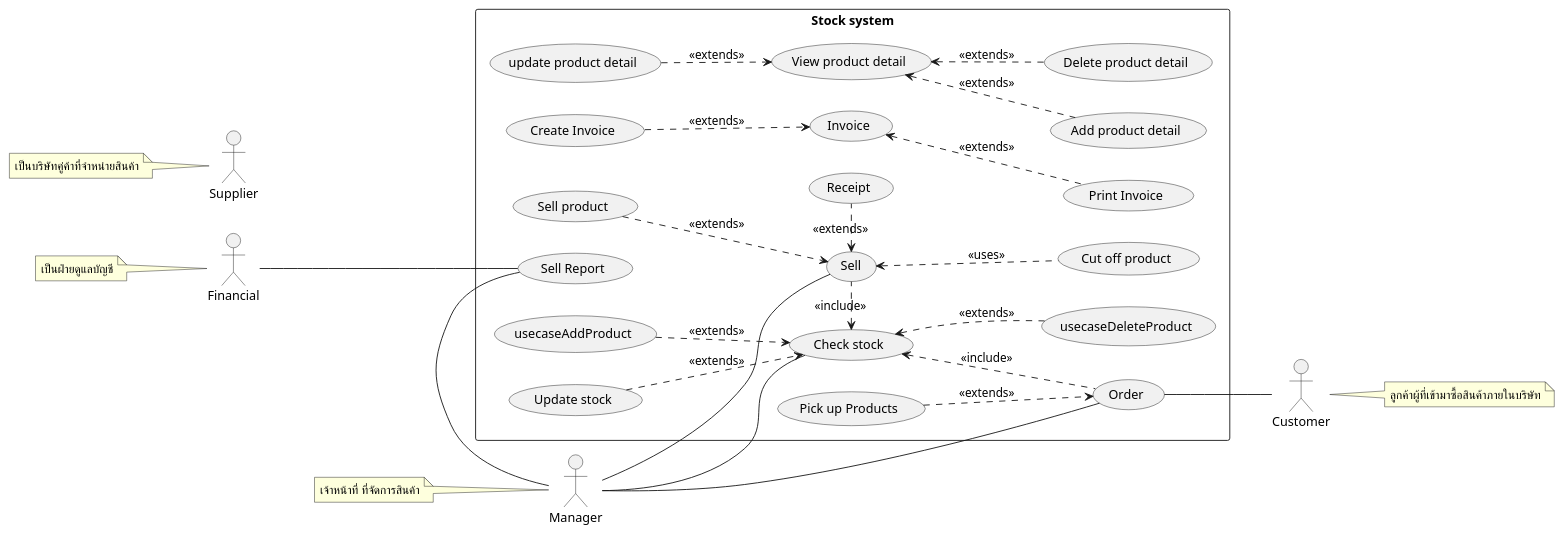
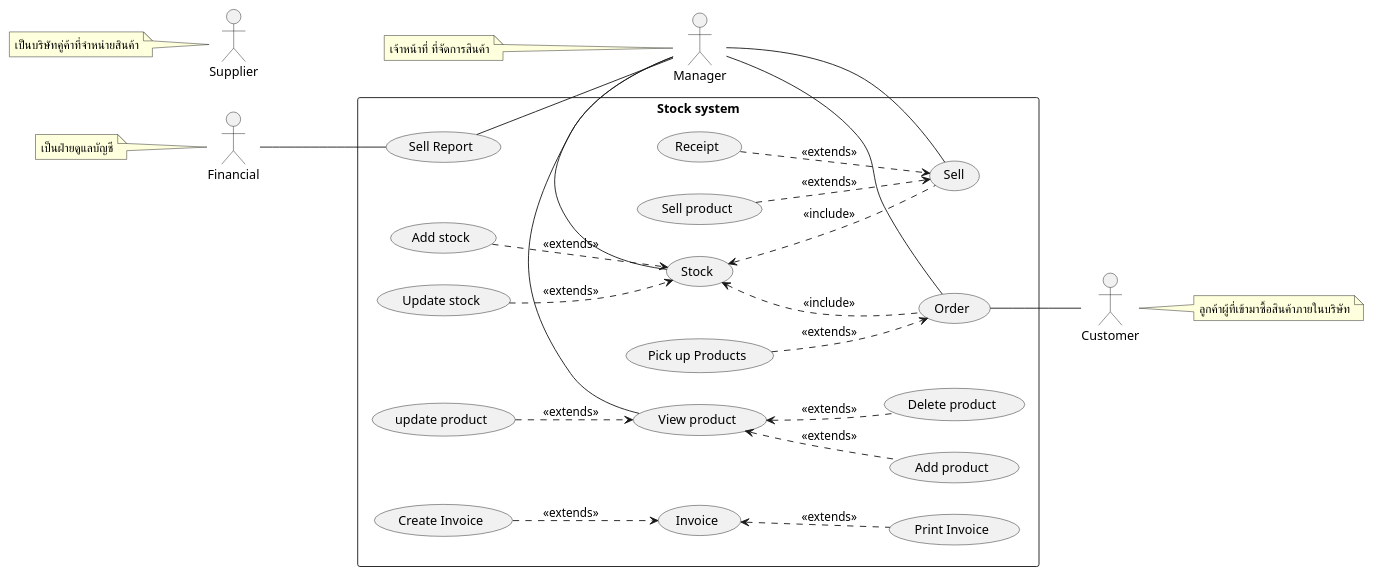
Before and after one commit to billowdev/inventory-system-plantuml-sequelize-seeder-example: the diagram in system-analysis/usecase-diagram.puml, drawn with PlantUML.

Commit message:
refactor usecaseCheckStock -> usecaseStock

```diff
--- a/system-analysis/usecase-diagram.puml
+++ b/system-analysis/usecase-diagram.puml
@@ -1,121 +1,126 @@
 @startuml
 'https://plantuml.com/sequence-diagram
 left to right direction
 
 ' =================== Customer ===================
 ' role - ผู้ที่เข้ามาเพื่อซื้อสินค้าภายในบริษัท
 ' duty - ทำให้เกิดการซื้อขายสินค้า
 actor Customer as actorCustomer
 note right of actorCustomer : ลูกค้าผู้ที่เข้ามาซื้อสินค้าภายในบริษัท
 ' =================== Manager ===================
 ' role - เจ้าหน้าที่ ที่จัดการสินค้า ให้คงคลังสินค้าอยู่เสมอ
 ' duty - บริหารจัดการ stock สินค้า ทั้งการจำหน่ายออก และการรับสินค้ารวมถึงการ
 ' ออกใบสั่งของ การเช็คสินค้าและการทำรายงานต่างๆ
 actor Manager as actorManager
 note left of actorManager : เจ้าหน้าที่ ที่จัดการสินค้า
 ' =================== Supplier ===================
 ' role - เป็นบริษัทคู่ค้าที่จำหน่ายสินค้าหรือวัตถุดิบให้กับบริษัท
 ' duty - ขายและจัดส่งสินค้าตามใบสั่งของ
 actor Supplier as actorSupplier
 note left of actorSupplier : เป็นบริษัทคู่ค้าที่จำหน่ายสินค้า
 ' =================== Financial ===================
 ' role - เป็นฝ่ายดูแลบัญชีและการเงินของบริษัท
 ' duty - รับข้อมูลการซื้อและขายสินค้า
 actor Financial as actorFinancial
 note left of actorFinancial : เป็นฝ่ายดูแลบัญชี
 
 ' =================== Stock System ===================
 rectangle "Stock system" as stockSystem {
 
 ' ================ Selling ================
     ' กระบวนการขายสินค้า
     usecase (Sell) as (usecaseSell)
 '    การขายสินค้า
     usecase (Sell product) as (usecaseSellProduct)
 '    การตรวจสอบยอดสินค้า
 
-'    ตัดยอดสอนค้า
-    usecase (Cut off product) as (usecaseCutOffProduct)
 '    ออกใบเสร็จ
     usecase (Receipt) as (usecaseReceipt)
 
 ' ================ Ordering ================
 '    การสั่งซื้อสินค้า
     usecase (Order) as (usecaseOrder)
 '    การลงรับสินค้า
     usecase (Pick up Products) as (usecasePickUpProduct)
 '    ปรับปรุงยอดสินค้า
 
 
 ' ================ Product ================
 '    การสั่งซื้อสินค้า
-    usecase (View product detail) as (usecaseProductDetail)
-    usecase (Add product detail) as (usecaseAddProductDetail)
-    usecase (update product detail) as (usecaseUpdateProductDetail)
-    usecase (Delete product detail) as (usecaseDeleteProductDetail)
+    usecase (View product) as (usecaseProduct)
+    usecase (Add product) as (usecaseAddProduct)
+    usecase (update product) as (usecaseUpdateProduct)
+    usecase (Delete product) as (usecaseDeleteProduct)
 
-    usecase (Check stock) as (usecaseCheckStock)
+
+    usecase (Stock) as (usecaseStock)
+    usecase (Add stock) as (usecaseAddStock)
     usecase (Update stock) as (usecaseUpdateStock)
 
-        (usecaseProductDetail) <.. (usecaseAddProductDetail)  : <<extends>>
-       (usecaseUpdateProductDetail) ..> (usecaseProductDetail) : <<extends>>
-        (usecaseProductDetail) <.. (usecaseDeleteProductDetail)  : <<extends>>
 
 ' ================ Reporting ================
 '   การทำรายงาน
     usecase (Sell Report) as (usecaseSellReport)
 
 ' ================ Invoice ================
 '   คลัง
     usecase (Invoice) as (usecaseInvoice)
     usecase (Create Invoice) as (usecaseCreateInvoice)
     usecase (Print Invoice) as (usecasePrintInvoice)
 
 
 
 '    ===================== Associate Flow =====================
 
 '    ================ actor - usecase Flow ================
 '   ความสัมพันธ์ระหว่าง actor และ usecase ในส่วนของการขาย
     actorManager -- (usecaseSell)
 
 '  ===  ความสัมพันธ์ระหว่าง actor และ usecase ในส่วนของการสั่งซื้อสินค้า ===
     actorManager -left- (usecaseOrder)
     (usecaseOrder) -- actorCustomer
 
 '  ===  ความสัมพันธ์ระหว่าง actor และ usecase ในส่วนของการสออกรายงาน ===
     actorManager --- (usecaseSellReport)
     actorFinancial --- (usecaseSellReport)
 
-    actorManager -- (usecaseCheckStock)
+    actorManager -- (usecaseStock)
+    actorManager -left- (usecaseProduct)
 
 '    ================ usecase - usecase Flow ================
+
+    (usecaseProduct) <.. (usecaseAddProduct)  : <<extends>>
+    (usecaseUpdateProduct) ..> (usecaseProduct) : <<extends>>
+    (usecaseProduct) <.. (usecaseDeleteProduct)  : <<extends>>
+
+
+    ' ================ Stock ================
+    (usecaseAddStock) ..> (usecaseStock) : <<extends>>
+    (usecaseUpdateStock) ..> (usecaseStock) : <<extends>>
 
 '    การขายสินค้า เป็นส่วนหนึ่งของกระบวนการขายสินค้า
     (usecaseSellProduct) ..> (usecaseSell) : <<extends>>
 '    ตรวจสอบยอดสินค้า เป็นส่วนหนึ่งของกระบวนการขายสินค้า
-    (usecaseCheckStock) <.right. (usecaseSell) : <<include>>
+
+    (usecaseStock) <.. (usecaseSell) : <<include>>
+
     '    การตัดยอดสินค้า เป็นส่วนหนึ่งของกระบวนการขายสินค้า
-    (usecaseSell) <.. (usecaseCutOffProduct)  : <<uses>>
+'    (usecaseSell) ..> (usecaseUpdateStock)  : <<include>>
 
 '   การออกใบเสร็จ เป็นส่วนหนึ่งของกระบวนการขายสินค้า
-    (usecaseReceipt) .left.> (usecaseSell) : <<extends>>
+    (usecaseReceipt) ..> (usecaseSell) : <<extends>>
 
 
 '   การลงรับสินค้า เป็นส่วนหนึ่งของกระบวนการสั่งซื้อสินค้า
     (usecasePickUpProduct) ..> (usecaseOrder) : <<extends>>
 
 '   การปรับปรุงยอดสินค้า เป็นส่วนหนึ่งของกระบวนการสั่งซื้อสินค้า
-   (usecaseCheckStock) <.. (usecaseOrder) : <<include>>
+   (usecaseStock) <.. (usecaseOrder) : <<include>>
 
-' ================ Product ================
-    (usecaseAddProduct) ..> (usecaseCheckStock) : <<extends>>
-    (usecaseUpdateStock) ..> (usecaseCheckStock) : <<extends>>
-    (usecaseCheckStock) <.. (usecaseDeleteProduct) : <<extends>>
 
  ' ================ Invoice ================
     (usecaseCreateInvoice) ..> (usecaseInvoice) : <<extends>>
     (usecaseInvoice)  <..   (usecasePrintInvoice): <<extends>>
  }
 
 @enduml
```
